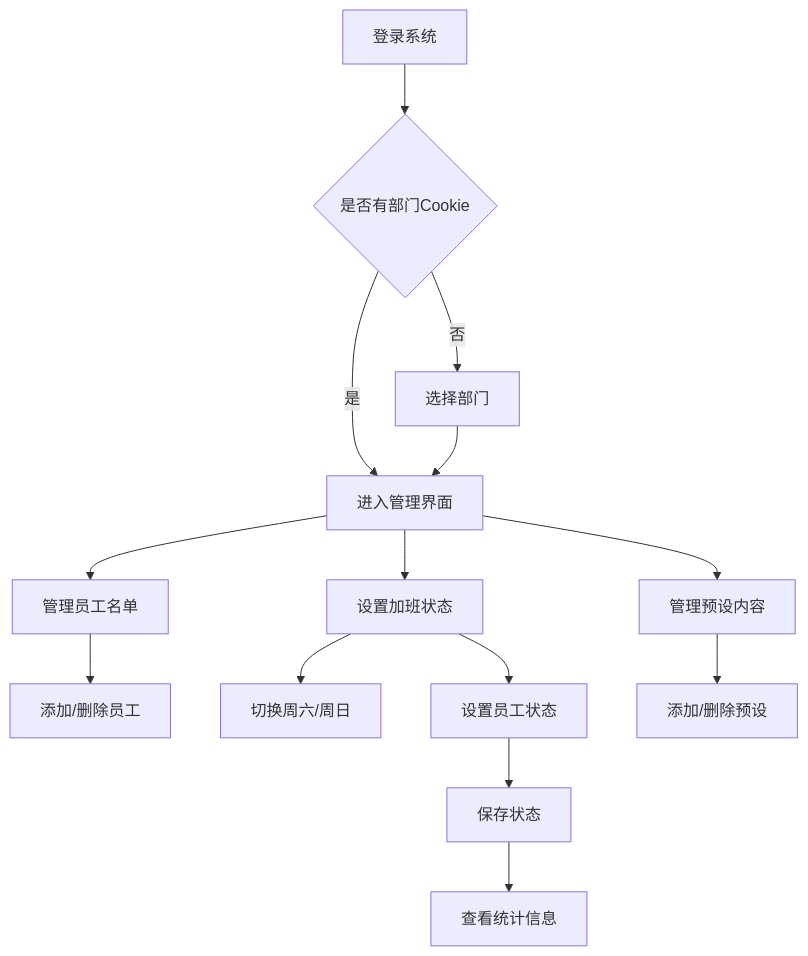
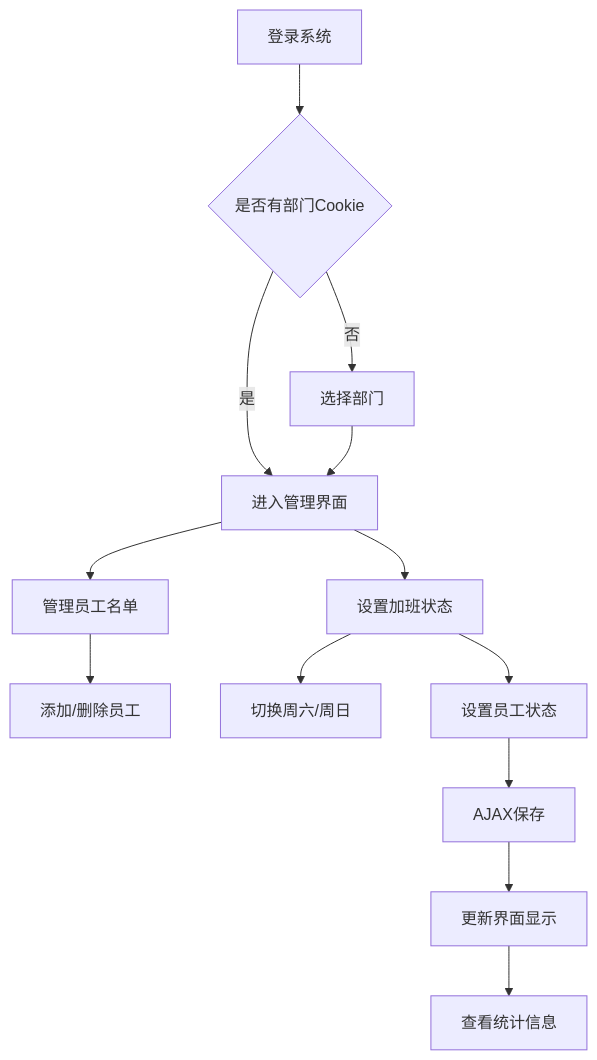
One commit to wlhd7/dz-weekend-overtime changed the first of 3 diagrams in PRD.md. Above: the diagram before and after it, drawn with Mermaid. The commit also changed other lines of this file and 3 other files, not shown here.

````diff
--- a/PRD.md
+++ b/PRD.md
@@ -119,16 +108,15 @@
 ```mermaid
 graph TD
     A[登录系统] --> B{是否有部门Cookie}
     B -->|否| C[选择部门]
     B -->|是| D[进入管理界面]
     C --> D
     D --> E[管理员工名单]
     D --> F[设置加班状态]
-    D --> G[管理预设内容]
     E --> H[添加/删除员工]
     F --> I[切换周六/周日]
     F --> J[设置员工状态]
-    G --> K[添加/删除预设]
-    J --> L[保存状态]
+    J --> K[AJAX保存]
+    K --> L[更新界面显示]
     L --> M[查看统计信息]
 ```
````
